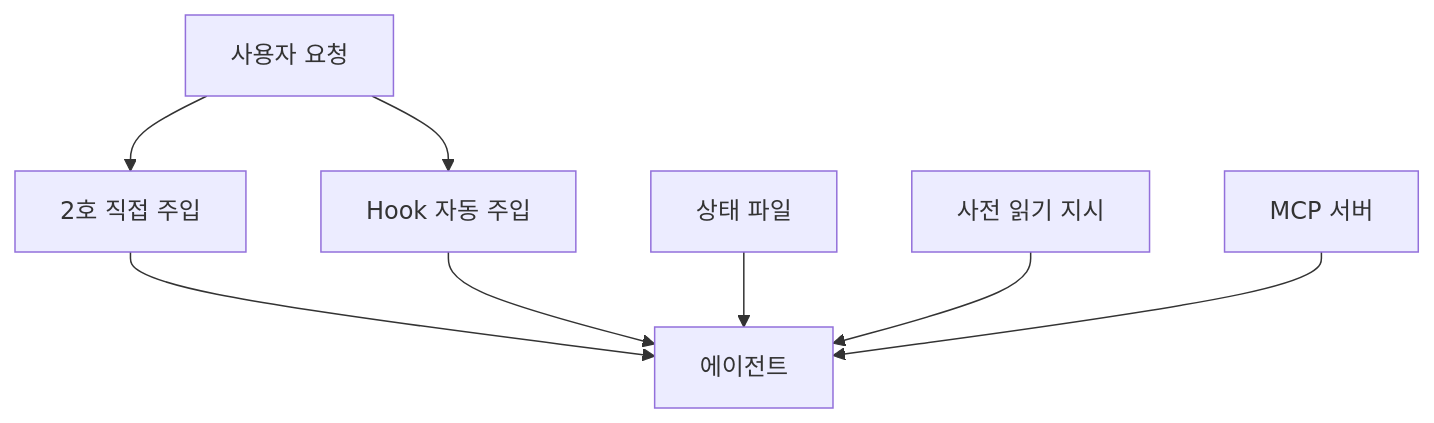
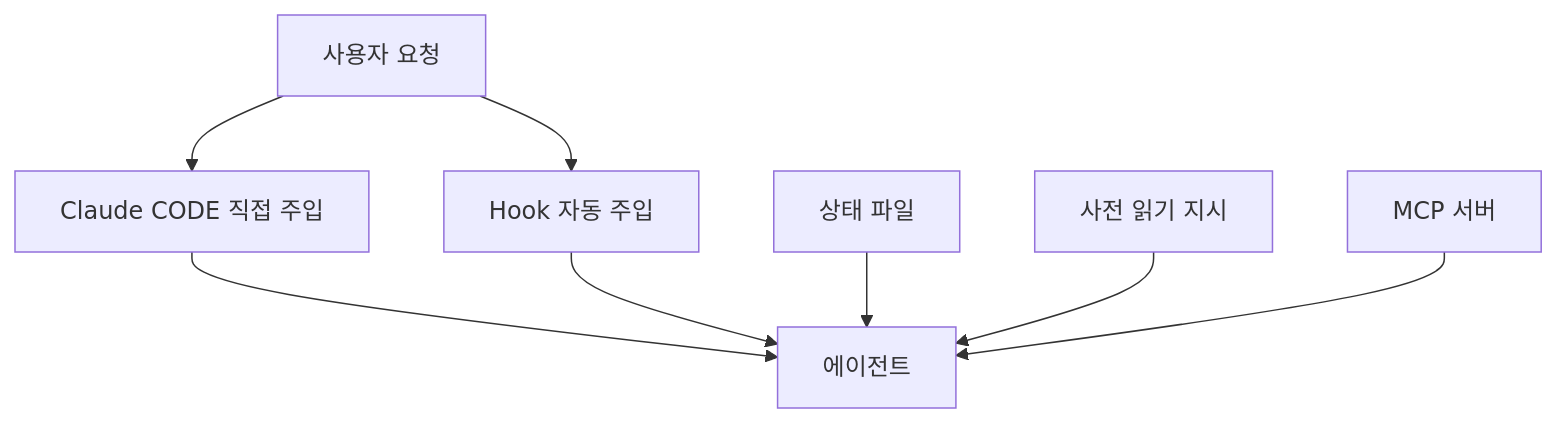
The first of 3 diagrams in docs/SPARK_ORCHESTRATION_ARCHITECTURE.md (Jaesun23/spark-claude), drawn with Mermaid before and after one commit. The commit also changed other lines of this file and 6 other files, not shown here.

````diff
--- a/docs/SPARK_ORCHESTRATION_ARCHITECTURE.md
+++ b/docs/SPARK_ORCHESTRATION_ARCHITECTURE.md
@@ -12,10 +12,10 @@
 ```mermaid
 graph TD
-    A[사용자 요청] --> B[2호 직접 주입]
+    A[사용자 요청] --> B[Claude CODE 직접 주입]
     A --> C[Hook 자동 주입]
     B --> D[에이전트]
     C --> D
     E[상태 파일] --> D
     F[사전 읽기 지시] --> D
     G[MCP 서버] --> D
 ```
````
